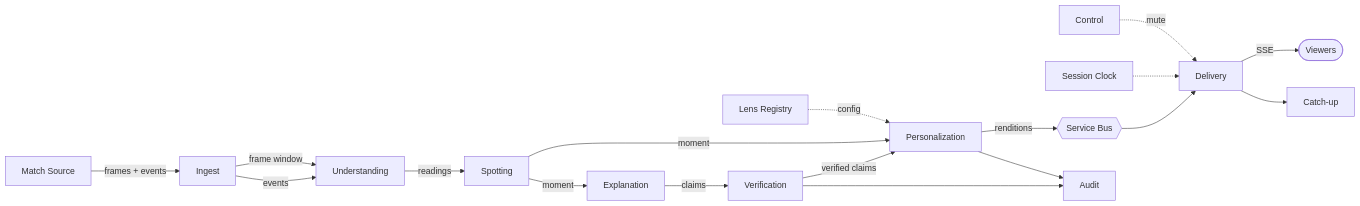
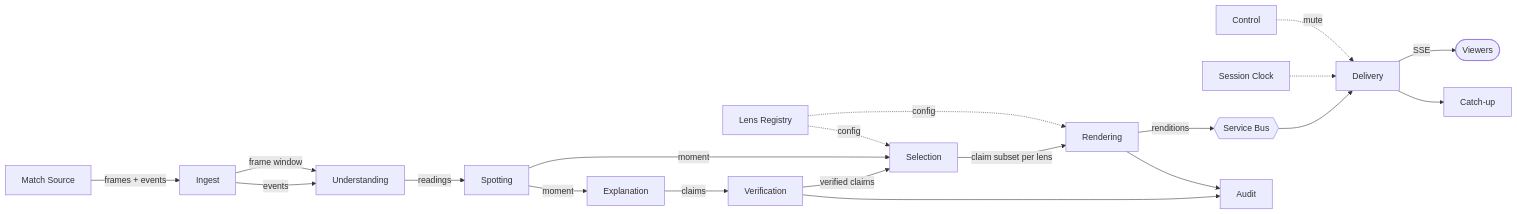
The diagram in docs/ARCHITECTURE.md (Kehindecodes/Matchlens), drawn with Mermaid before and after one commit. The commit also changed other lines of this file and 11 other files, not shown here.

Commit message:
Docs: D17 Selection/Rendering split, D18 Ingest sole writer, restated and-rule, Q5 answered

````diff
--- a/docs/ARCHITECTURE.md
+++ b/docs/ARCHITECTURE.md
@@ -33,20 +38,22 @@
 ```mermaid
 flowchart LR
     MS[Match Source] -->|frames + events| ING[Ingest]
     ING -->|events| UND[Understanding]
     ING -->|frame window| UND
     UND -->|readings| SPOT[Spotting]
     SPOT -->|moment| EXP[Explanation]
     EXP -->|claims| VER[Verification]
-    VER -->|verified claims| PERS[Personalization]
-    SPOT -->|moment| PERS
-    LR[Lens Registry] -.->|config| PERS
-    PERS -->|renditions| BR{{Service Bus}}
+    VER -->|verified claims| SEL[Selection]
+    SPOT -->|moment| SEL
+    LR[Lens Registry] -.->|config| SEL
+    SEL -->|claim subset per lens| REND[Rendering]
+    LR -.->|config| REND
+    REND -->|renditions| BR{{Service Bus}}
     BR --> DEL[Delivery]
     SC[Session Clock] -.-> DEL
     CTL[Control] -.->|mute| DEL
     DEL -->|SSE| V([Viewers])
     DEL --> CU[Catch-up]
     VER --> AUD[Audit]
-    PERS --> AUD
+    REND --> AUD
 ```
````
